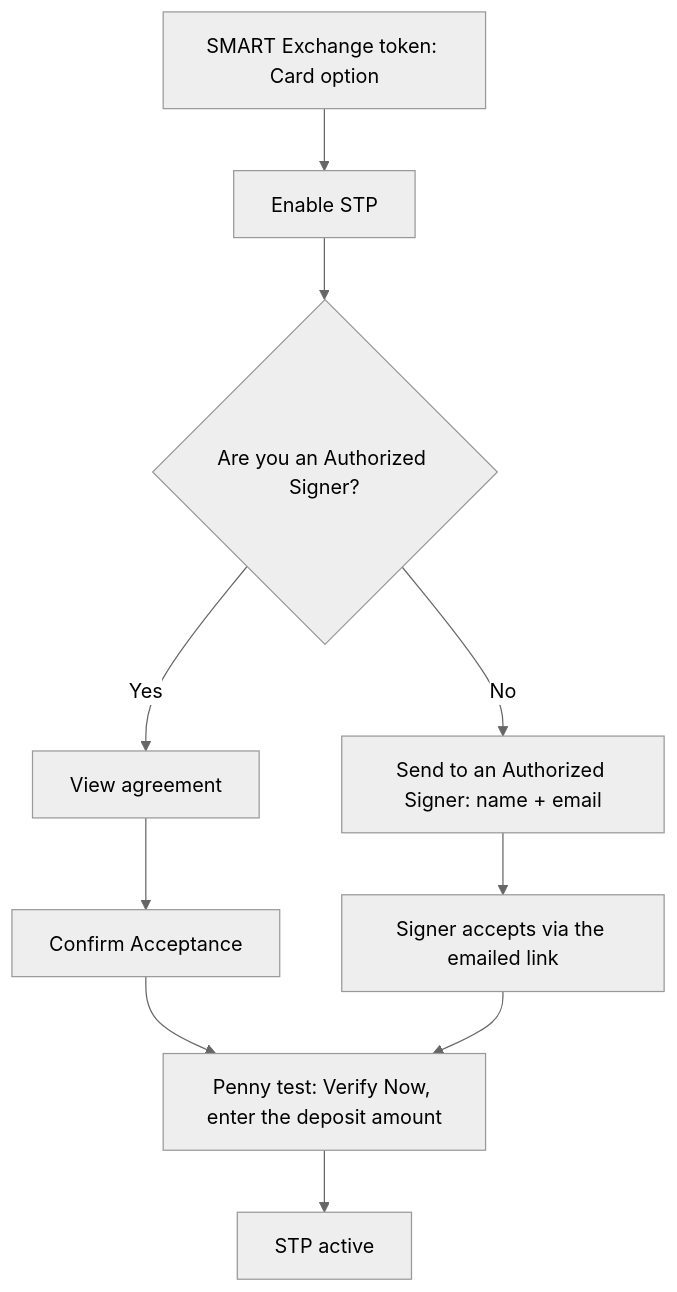
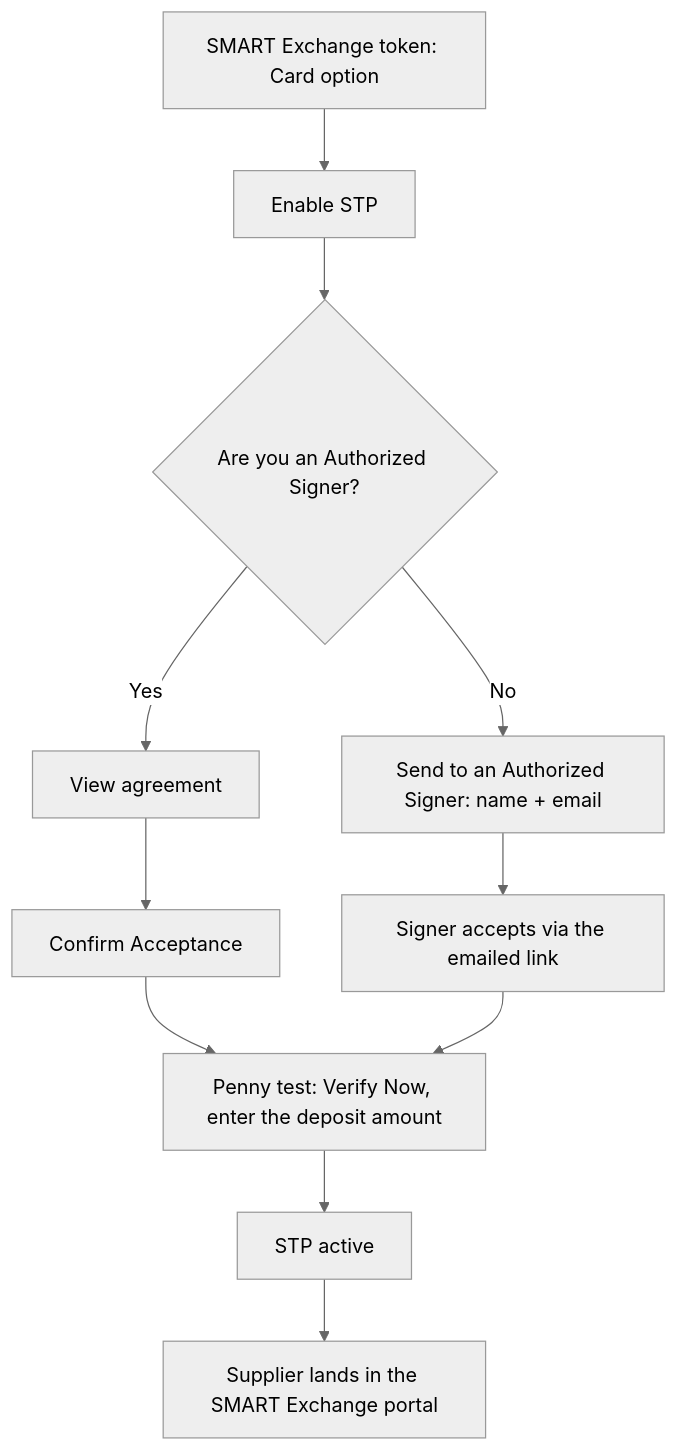
The first of 3 diagrams in wiki/products/smart-exchange/stp.md (vasileschidu/test-sx), drawn with Mermaid (neutral theme) before and after one commit. The commit also changed other lines of this file and 2 other files, not shown here.

````diff
--- a/wiki/products/smart-exchange/stp.md
+++ b/wiki/products/smart-exchange/stp.md
@@ -60,12 +62,13 @@
 ```mermaid
 flowchart TD
   A["SMART Exchange token: Card option"] --> B["Enable STP"]
   B --> C{"Are you an Authorized Signer?"}
   C -->|Yes| D["View agreement"]
   D --> E["Confirm Acceptance"]
   C -->|No| F["Send to an Authorized Signer: name + email"]
   F --> G["Signer accepts via the emailed link"]
   E --> H["Penny test: Verify Now, enter the deposit amount"]
   G --> H
   H --> I["STP active"]
+  I --> J["Supplier lands in the SMART Exchange portal"]
 ```
````
